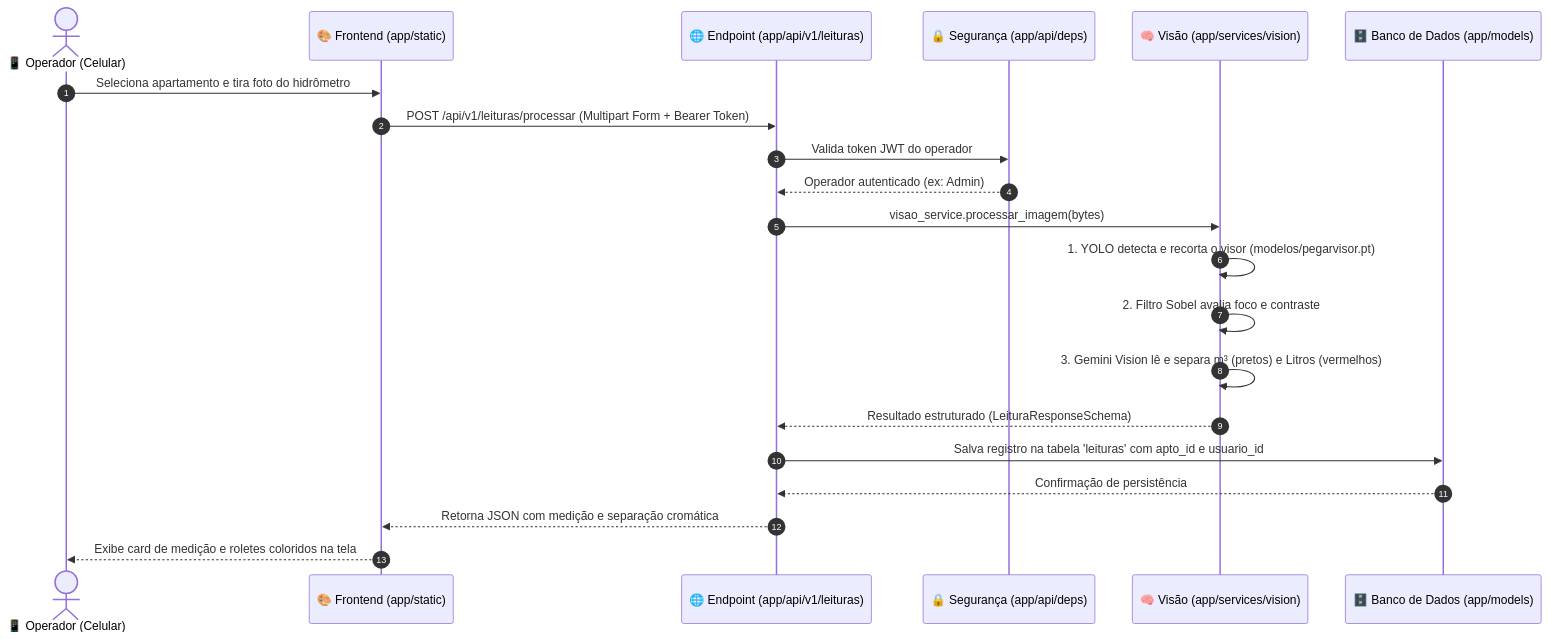
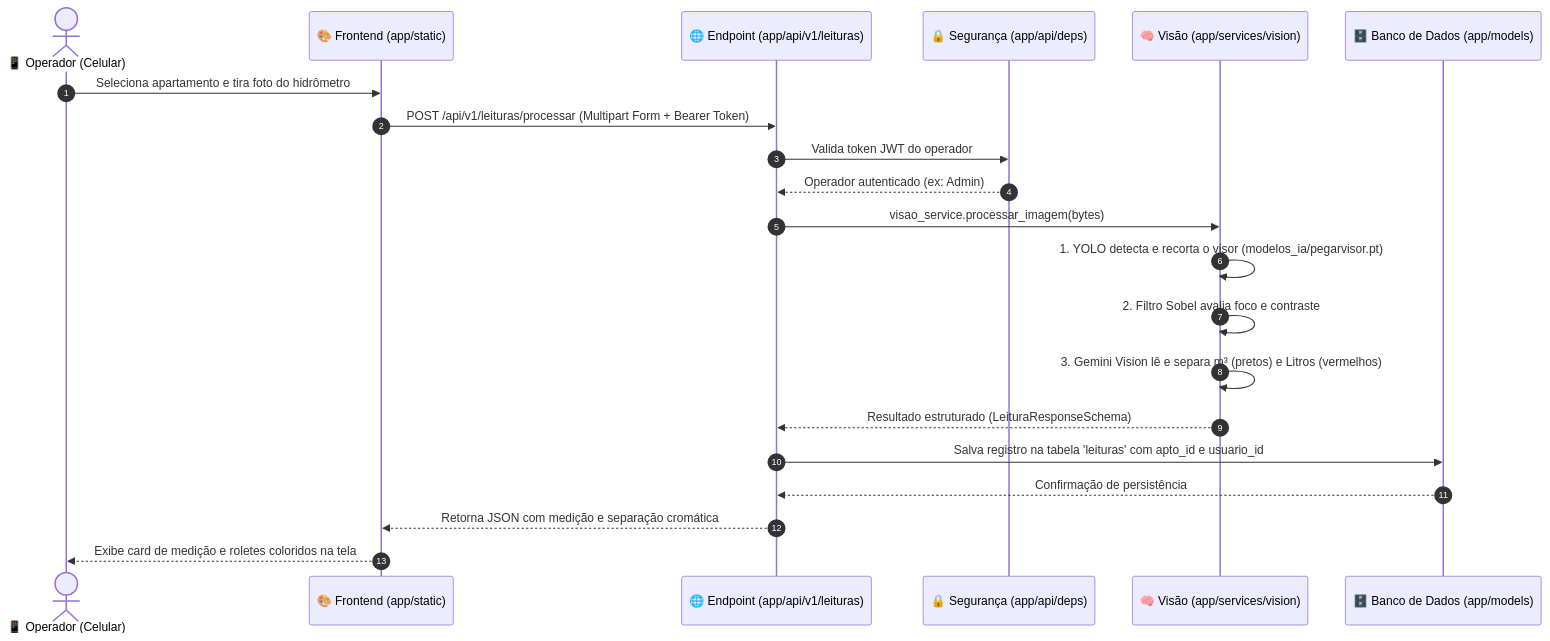
One commit to pichee/Trabalho changed the diagram in ARQUITETURA.md. Above: the diagram before and after it, drawn with Mermaid. The commit also changed other lines of this file and 6 other files, not shown here.

````diff
--- a/ARQUITETURA.md
+++ b/ARQUITETURA.md
@@ -57,24 +42,24 @@
 ```mermaid
 sequenceDiagram
     autonumber
     actor Operador as 📱 Operador (Celular)
     participant Front as 🎨 Frontend (app/static)
     participant API as 🌐 Endpoint (app/api/v1/leituras)
     participant Dep as 🔒 Segurança (app/api/deps)
     participant IA as 🧠 Visão (app/services/vision)
     participant DB as 🗄️ Banco de Dados (app/models)
 
     Operador->>Front: Seleciona apartamento e tira foto do hidrômetro
     Front->>API: POST /api/v1/leituras/processar (Multipart Form + Bearer Token)
     API->>Dep: Valida token JWT do operador
     Dep-->>API: Operador autenticado (ex: Admin)
     API->>IA: visao_service.processar_imagem(bytes)
-    IA->>IA: 1. YOLO detecta e recorta o visor (modelos/pegarvisor.pt)
+    IA->>IA: 1. YOLO detecta e recorta o visor (modelos_ia/pegarvisor.pt)
     IA->>IA: 2. Filtro Sobel avalia foco e contraste
     IA->>IA: 3. Gemini Vision lê e separa m³ (pretos) e Litros (vermelhos)
     IA-->>API: Resultado estruturado (LeituraResponseSchema)
     API->>DB: Salva registro na tabela 'leituras' com apto_id e usuario_id
     DB-->>API: Confirmação de persistência
     API-->>Front: Retorna JSON com medição e separação cromática
     Front-->>Operador: Exibe card de medição e roletes coloridos na tela
 ```
````
